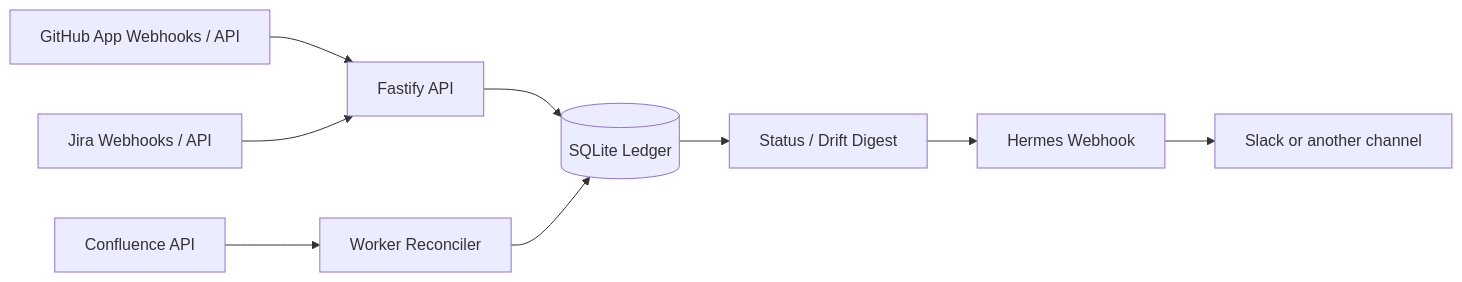
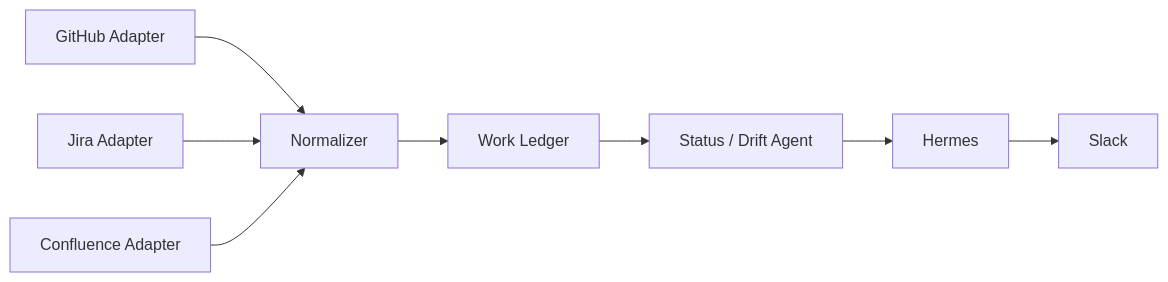
One commit to kayahk/meta-agent-tracker changed the second of 2 diagrams in README.md. Above: the diagram before and after it, drawn with Mermaid. The commit also changed other lines of this file and 30 other files, not shown here.

````diff
--- a/README.md
+++ b/README.md
@@ -19,11 +47,10 @@
 ```mermaid
 flowchart LR
-  GH[GitHub App Webhooks / API] --> API[Fastify API]
-  Jira[Jira Webhooks / API] --> API
-  Conf[Confluence API] --> Worker[Worker Reconciler]
-  API --> DB[(SQLite Ledger)]
-  Worker --> DB
-  DB --> Digest[Status / Drift Digest]
-  Digest --> Hermes[Hermes Webhook]
-  Hermes --> Channel[Slack or another channel]
+  GH["GitHub Adapter"] --> N["Normalizer"]
+  Jira["Jira Adapter"] --> N
+  Conf["Confluence Adapter"] --> N
+  N --> DB["Work Ledger"]
+  DB --> Agent["Status / Drift Agent"]
+  Agent --> Hermes["Hermes"]
+  Hermes --> Slack["Slack"]
 ```
````
